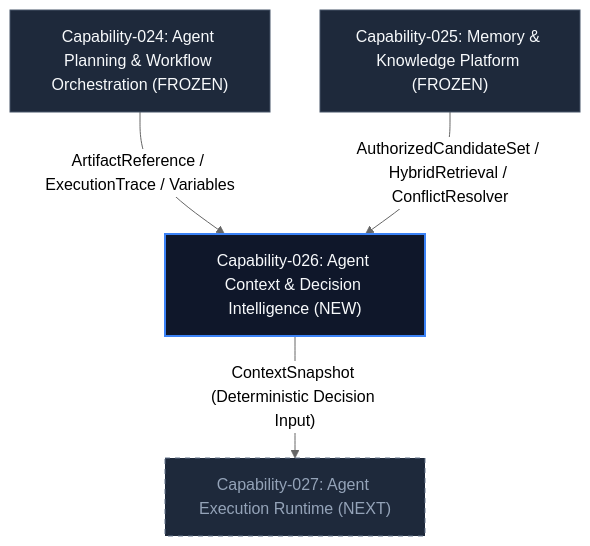
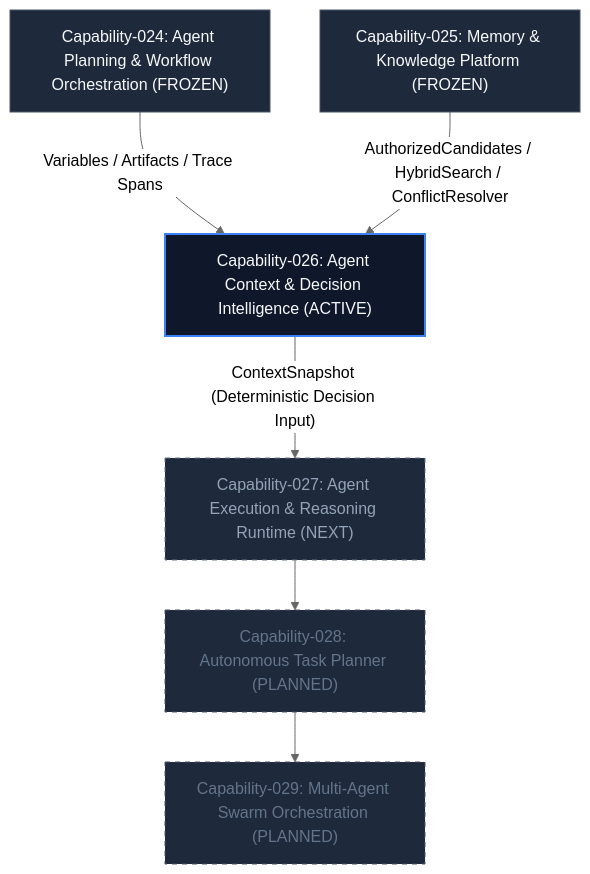
The first of 2 diagrams in docs/architecture/capability-026-walkthrough.md (tozbalkan/likitchen), drawn with Mermaid (neutral theme) before and after one commit. The commit also changed other lines of this file, not shown here.

Commit message:
docs(architecture): enrich capability-026 walkthrough with alternatives, failure modes, stability metrics, roadmap, and lifecycle

````diff
--- a/docs/architecture/capability-026-walkthrough.md
+++ b/docs/architecture/capability-026-walkthrough.md
@@ -57,16 +71,22 @@
 ```mermaid
 graph TD
     Cap024["Capability-024: Agent Planning & Workflow Orchestration (FROZEN)"]
     Cap025["Capability-025: Memory & Knowledge Platform (FROZEN)"]
-    Cap026["Capability-026: Agent Context & Decision Intelligence (NEW)"]
-    Cap027["Capability-027: Agent Execution Runtime (NEXT)"]
+    Cap026["Capability-026: Agent Context & Decision Intelligence (ACTIVE)"]
+    Cap027["Capability-027: Agent Execution & Reasoning Runtime (NEXT)"]
+    Cap028["Capability-028: Autonomous Task Planner (PLANNED)"]
+    Cap029["Capability-029: Multi-Agent Swarm Orchestration (PLANNED)"]
 
-    Cap024 -- "ArtifactReference / ExecutionTrace / Variables" --> Cap026
-    Cap025 -- "AuthorizedCandidateSet / HybridRetrieval / ConflictResolver" --> Cap026
+    Cap024 -- "Variables / Artifacts / Trace Spans" --> Cap026
+    Cap025 -- "AuthorizedCandidates / HybridSearch / ConflictResolver" --> Cap026
     Cap026 -- "ContextSnapshot (Deterministic Decision Input)" --> Cap027
+    Cap027 --> Cap028
+    Cap028 --> Cap029
 
     style Cap024 fill:#1e293b,stroke:#475569,color:#f8fafc
     style Cap025 fill:#1e293b,stroke:#475569,color:#f8fafc
     style Cap026 fill:#0f172a,stroke:#3b82f6,stroke-width:2px,color:#f8fafc
     style Cap027 fill:#1e293b,stroke:#64748b,color:#94a3b8,stroke-dasharray: 5 5
+    style Cap028 fill:#1e293b,stroke:#475569,color:#64748b,stroke-dasharray: 5 5
+    style Cap029 fill:#1e293b,stroke:#475569,color:#64748b,stroke-dasharray: 5 5
 ```
````
